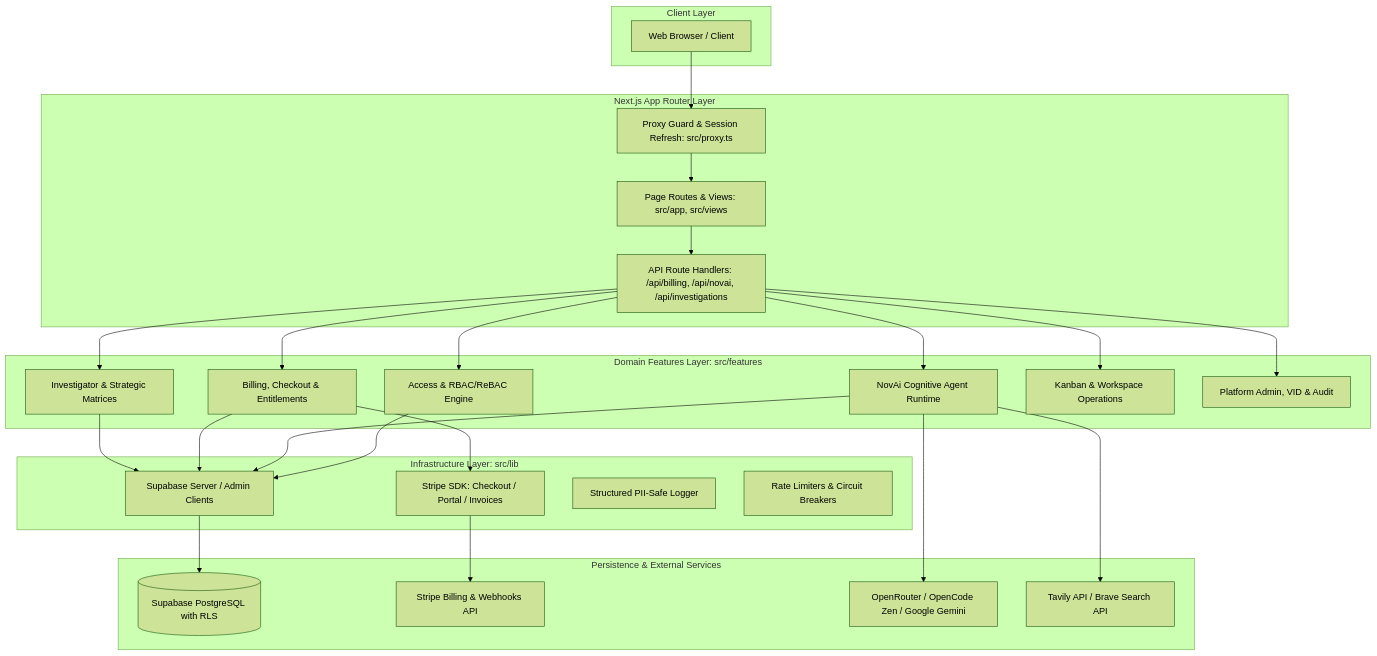
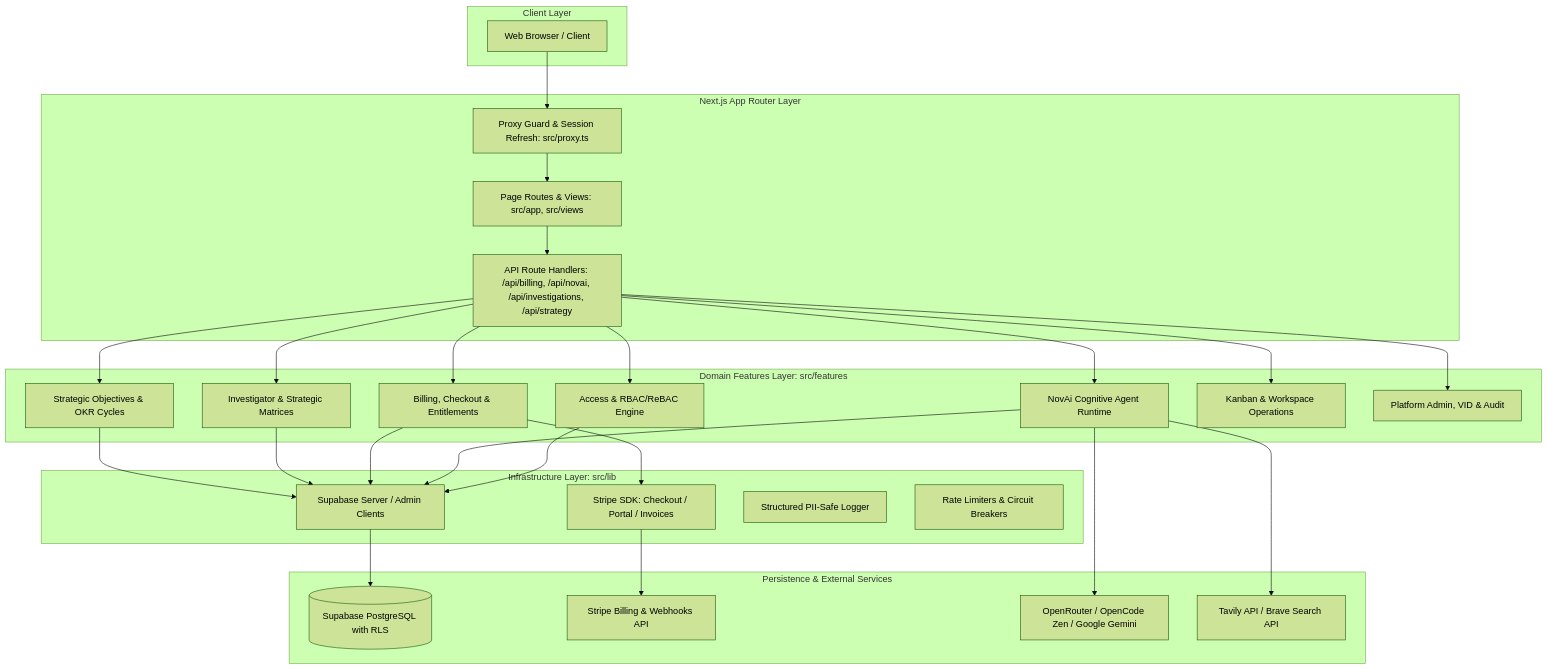
Before and after one commit to dtreasuresp/NovaInvestigator: the second of 2 diagrams in README.md, drawn with Mermaid (forest theme). The commit also changed other lines of this file and 59 other files, not shown here.

Commit message:
release: v0.0.95 - Strategy OKR Foundation, SSR Session Bootstrap, Error Boundaries & Canonical Resilience

````diff
--- a/README.md
+++ b/README.md
@@ -330,56 +353,59 @@
 ```mermaid
 flowchart TD
     subgraph Client Layer
         Browser[Web Browser / Client]
     end
 
     subgraph Next.js App Router Layer
         Proxy[Proxy Guard & Session Refresh: src/proxy.ts]
         PageRoutes[Page Routes & Views: src/app, src/views]
-        RouteHandlers[API Route Handlers: /api/billing, /api/novai, /api/investigations]
+        RouteHandlers[API Route Handlers: /api/billing, /api/novai, /api/investigations, /api/strategy]
     end
 
     subgraph Domain Features Layer: src/features
         AccessDomain[Access & RBAC/ReBAC Engine]
         NovaiDomain[NovAi Cognitive Agent Runtime]
         BillingDomain[Billing, Checkout & Entitlements]
         InvestigatorDomain[Investigator & Strategic Matrices]
+        StrategyDomain[Strategic Objectives & OKR Cycles]
         KanbanDomain[Kanban & Workspace Operations]
         PlatformDomain[Platform Admin, VID & Audit]
     end
 
     subgraph Infrastructure Layer: src/lib
         SupabaseClient[Supabase Server / Admin Clients]
         StripeSDK[Stripe SDK: Checkout / Portal / Invoices]
         Logger[Structured PII-Safe Logger]
         RateLimiter[Rate Limiters & Circuit Breakers]
     end
 
     subgraph Persistence & External Services
         Postgres[(Supabase PostgreSQL with RLS)]
         StripeAPI[Stripe Billing & Webhooks API]
         AIProviders[OpenRouter / OpenCode Zen / Google Gemini]
         ResearchProviders[Tavily API / Brave Search API]
     end
 
     Browser --> Proxy
     Proxy --> PageRoutes
     PageRoutes --> RouteHandlers
     RouteHandlers --> AccessDomain
     RouteHandlers --> NovaiDomain
     RouteHandlers --> BillingDomain
     RouteHandlers --> InvestigatorDomain
+    RouteHandlers --> StrategyDomain
     RouteHandlers --> KanbanDomain
     RouteHandlers --> PlatformDomain
 
     AccessDomain --> SupabaseClient
     NovaiDomain --> SupabaseClient
     NovaiDomain --> AIProviders
     NovaiDomain --> ResearchProviders
     BillingDomain --> SupabaseClient
     BillingDomain --> StripeSDK
     InvestigatorDomain --> SupabaseClient
+    StrategyDomain --> SupabaseClient
 
     SupabaseClient --> Postgres
     StripeSDK --> StripeAPI
 ```
````
